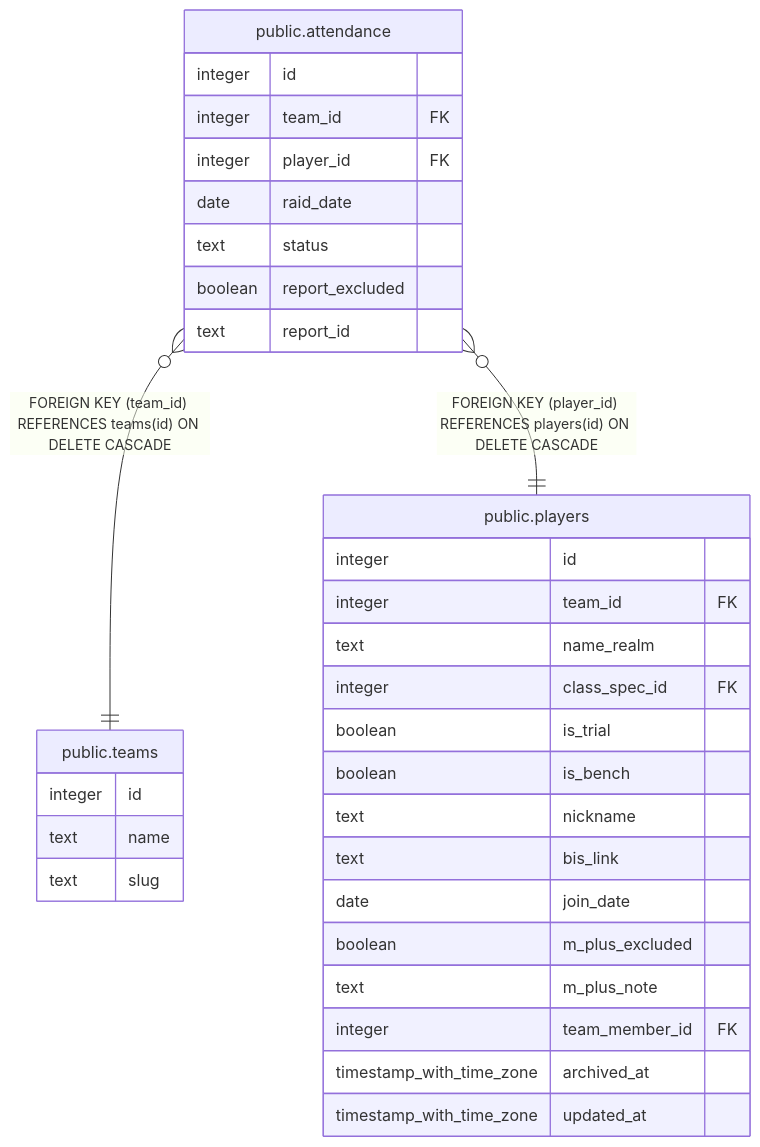
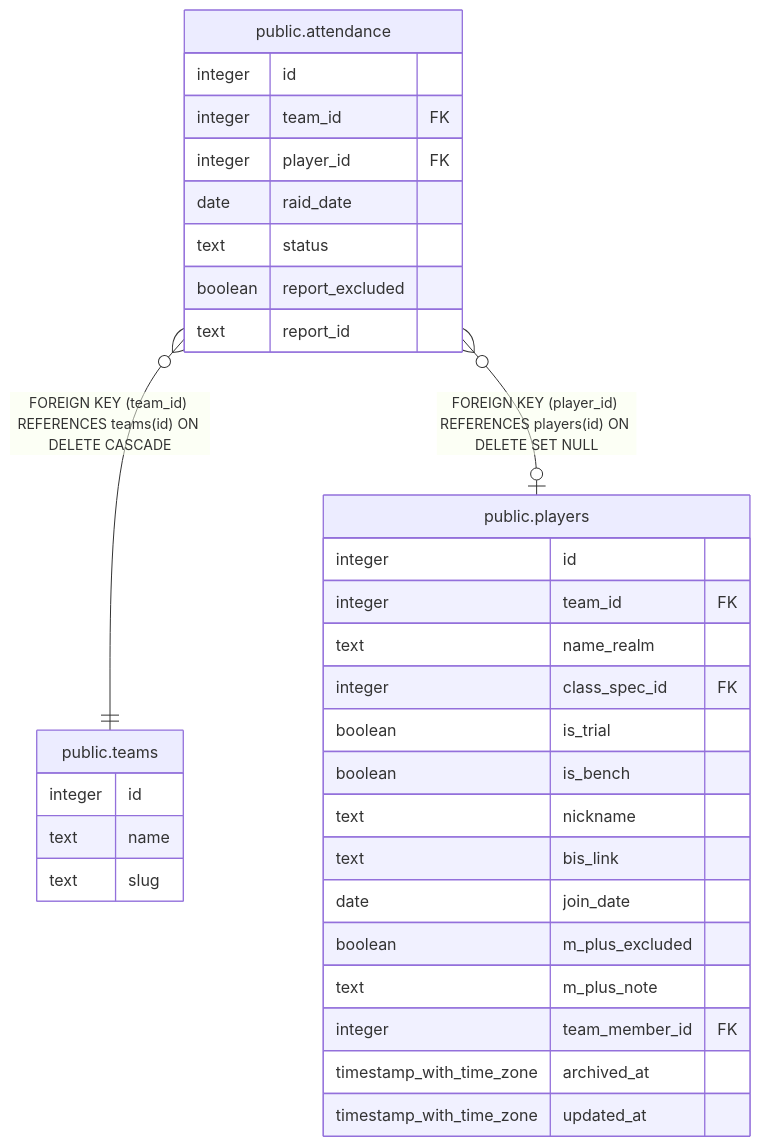
The diagram in dbdoc/public.attendance.md (katogaming88/WGA-Raid-Hub), drawn with Mermaid before and after one commit. The commit also changed other lines of this file and 8 other files, not shown here.

````diff
--- a/dbdoc/public.attendance.md
+++ b/dbdoc/public.attendance.md
@@ -40,37 +40,37 @@
 ```mermaid
 erDiagram
 
 "public.attendance" }o--|| "public.teams" : "FOREIGN KEY (team_id) REFERENCES teams(id) ON DELETE CASCADE"
-"public.attendance" }o--|| "public.players" : "FOREIGN KEY (player_id) REFERENCES players(id) ON DELETE CASCADE"
+"public.attendance" }o--o| "public.players" : "FOREIGN KEY (player_id) REFERENCES players(id) ON DELETE SET NULL"
 
 "public.attendance" {
   integer id
   integer team_id FK
   integer player_id FK
   date raid_date
   text status
   boolean report_excluded
   text report_id
 }
 "public.teams" {
   integer id
   text name
   text slug
 }
 "public.players" {
   integer id
   integer team_id FK
   text name_realm
   integer class_spec_id FK
   boolean is_trial
   boolean is_bench
   text nickname
   text bis_link
   date join_date
   boolean m_plus_excluded
   text m_plus_note
   integer team_member_id FK
   timestamp_with_time_zone archived_at
   timestamp_with_time_zone updated_at
 }
 ```
````
